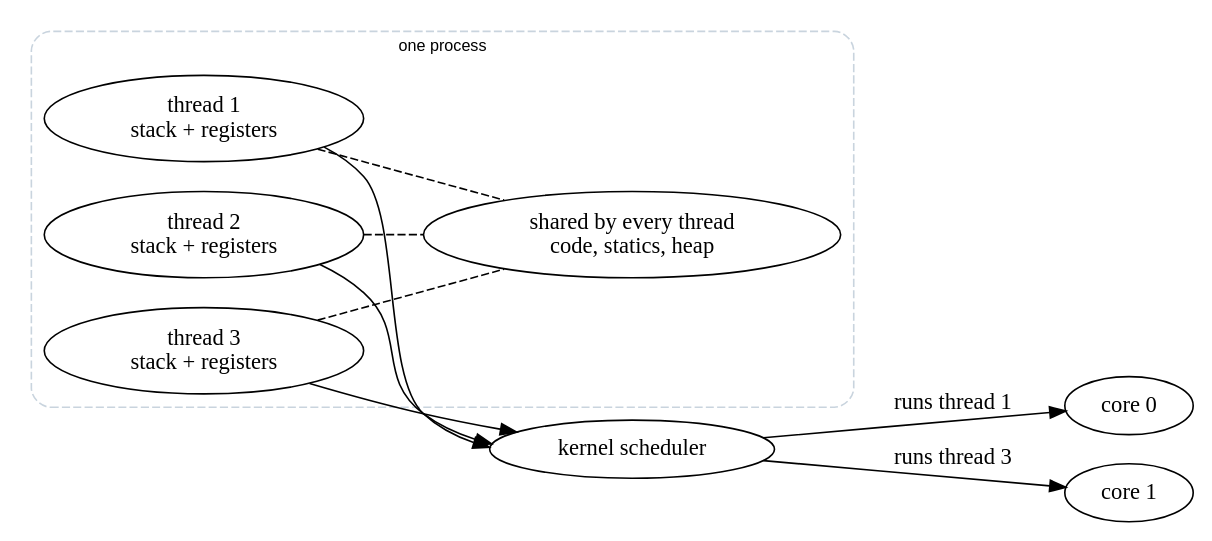
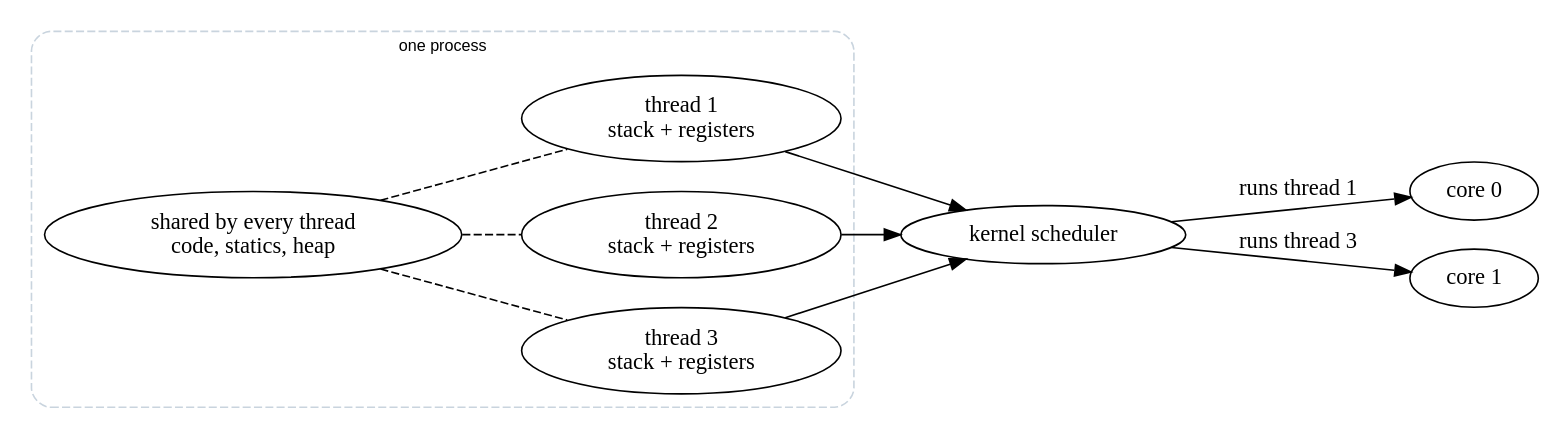
One commit to arpanpathak/cracking-the-systems-programming-interview changed the diagram in cracking-the-systems-programming-interview/diagrams/ch16-threads.dot. Above: the diagram before and after it, drawn with Graphviz. The commit also changed 30 other files, not shown here.

```diff
--- a/cracking-the-systems-programming-interview/diagrams/ch16-threads.dot
+++ b/cracking-the-systems-programming-interview/diagrams/ch16-threads.dot
@@ -1,14 +1,14 @@
 digraph threads {
   rankdir=LR; nodesep=0.25; ranksep=0.5;
   subgraph cluster_p { label="one process"; fontname="Helvetica"; fontsize=10; color="#c9d4de"; style="rounded,dashed";
     shared [label="shared by every thread\ncode, statics, heap" fillcolor="#e3f1ea"];
     t1 [label="thread 1\nstack + registers" fillcolor="#fdf6e8"];
     t2 [label="thread 2\nstack + registers" fillcolor="#fdf6e8"];
     t3 [label="thread 3\nstack + registers" fillcolor="#fdf6e8"];
   }
   sched [label="kernel scheduler" fillcolor="#e6ecf6"];
   c0 [label="core 0"]; c1 [label="core 1"];
-  t1 -> shared [style=dashed arrowhead=none]; t2 -> shared [style=dashed arrowhead=none]; t3 -> shared [style=dashed arrowhead=none];
+  shared -> t1 [style=dashed dir=none]; shared -> t2 [style=dashed dir=none]; shared -> t3 [style=dashed dir=none];
   t1 -> sched; t2 -> sched; t3 -> sched;
   sched -> c0 [label=" runs thread 1"]; sched -> c1 [label=" runs thread 3"];
 }
```
